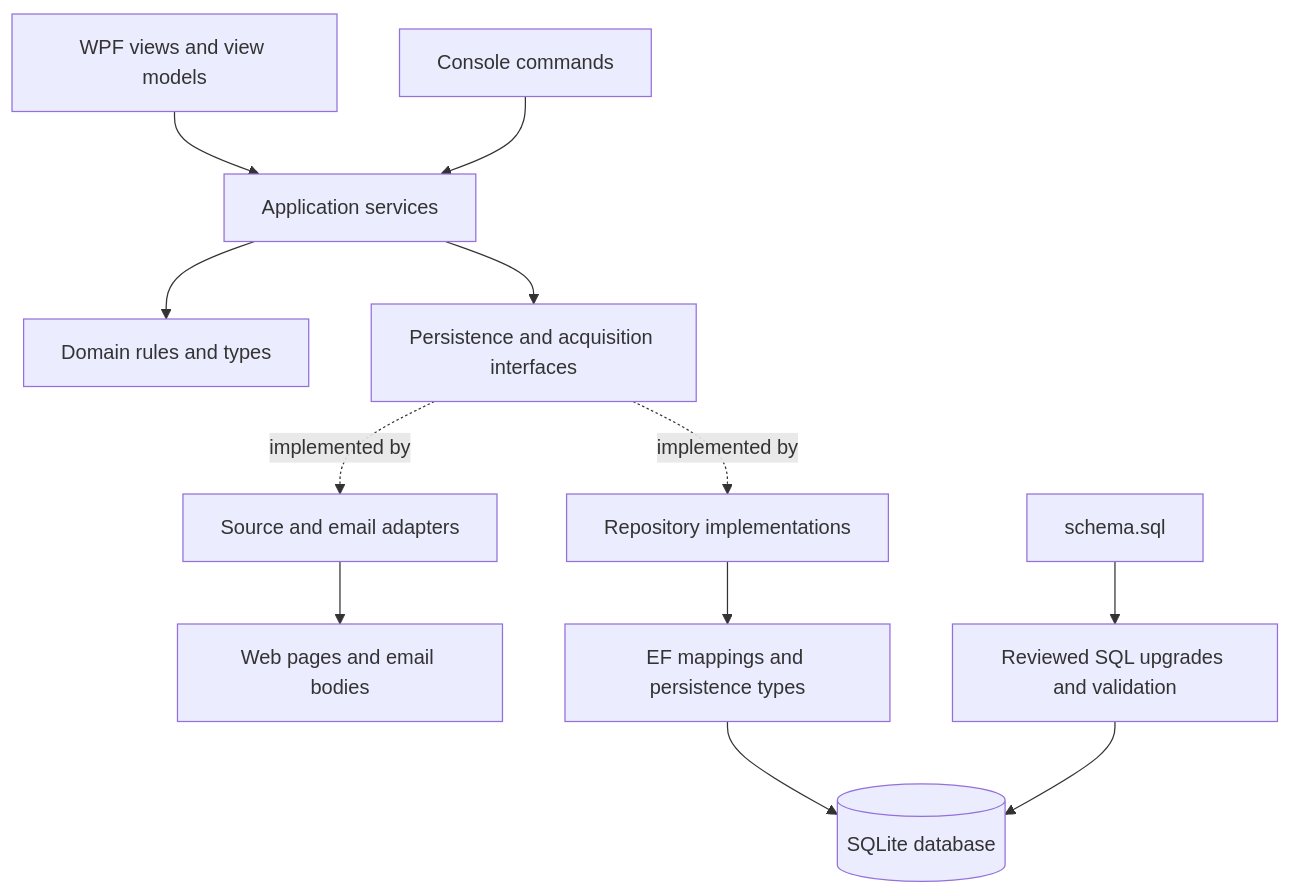
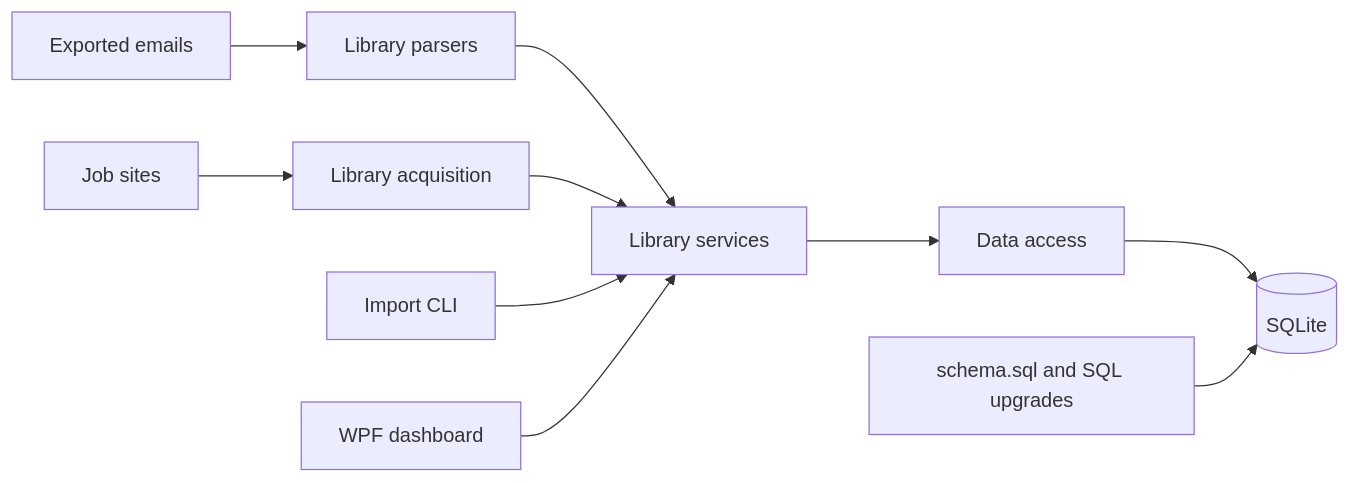
Before and after one commit to jamesjohnmcguire/JobsDb: the diagram in Support/Architecture.md, drawn with Mermaid. The commit also changed other lines of this file and 5 other files, not shown here.

````diff
--- a/Support/Architecture.md
+++ b/Support/Architecture.md
@@ -20,14 +11,12 @@
 ```mermaid
-flowchart TD
-    dashboard[WPF views and view models] --> useCases[Application services]
-    console[Console commands] --> useCases
-    useCases --> domain[Domain rules and types]
-    useCases --> contracts[Persistence and acquisition interfaces]
-    contracts -. implemented by .-> repositories[Repository implementations]
-    contracts -. implemented by .-> adapters[Source and email adapters]
-    adapters --> inputs[Web pages and email bodies]
-    repositories --> mappings[EF mappings and persistence types]
-    mappings --> database[(SQLite database)]
-    schema[schema.sql] --> preparation[Reviewed SQL upgrades and validation]
-    preparation --> database
+flowchart LR
+    exports[Exported emails] --> parsers[Library parsers]
+    sources[Job sites] --> acquisition[Library acquisition]
+    parsers --> services[Library services]
+    acquisition --> services
+    cli[Import CLI] --> services
+    dashboard[WPF dashboard] --> services
+    services --> storage[Data access]
+    storage --> database[(SQLite)]
+    schema[schema.sql and SQL upgrades] --> database
 ```
````
